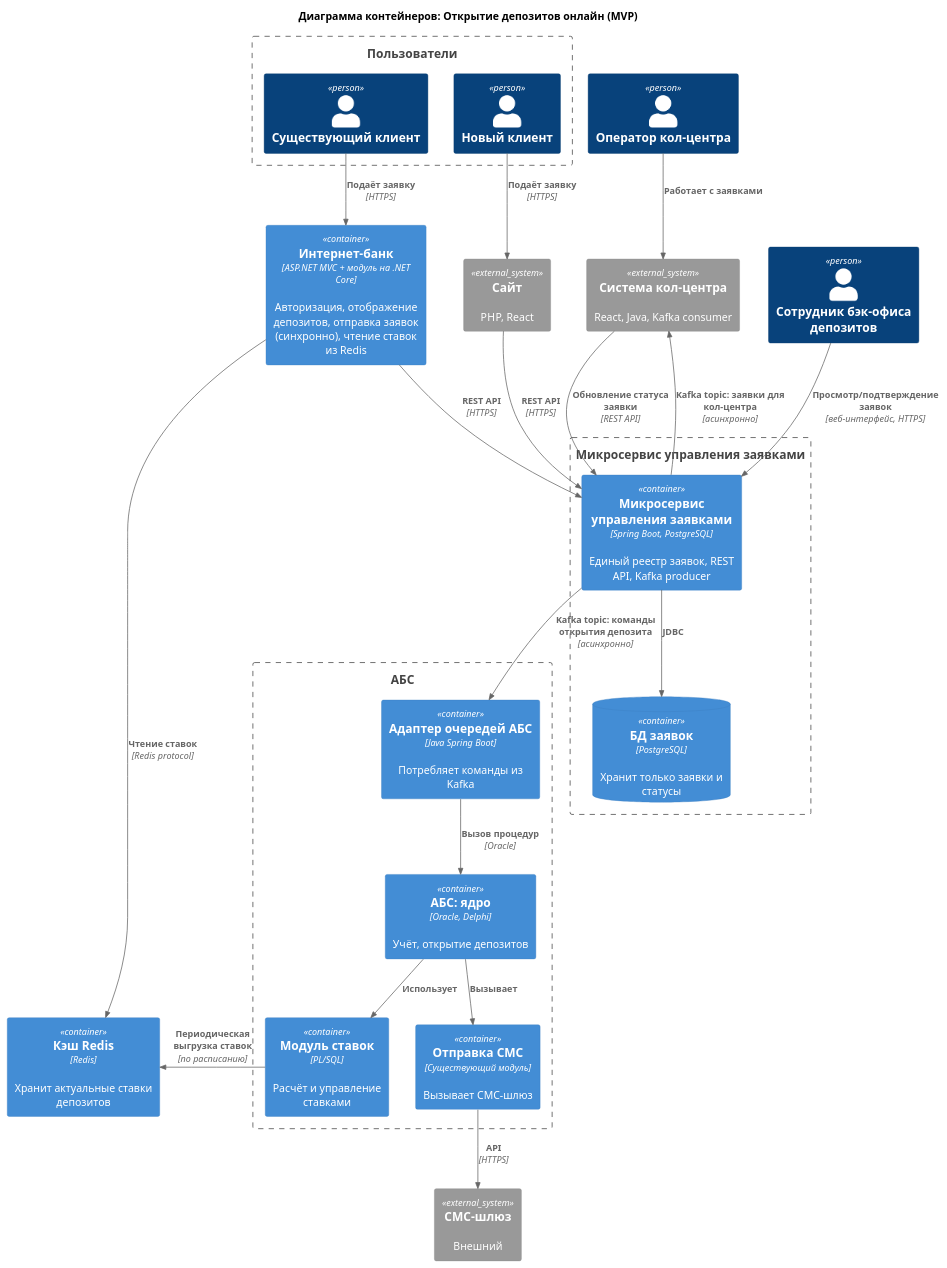
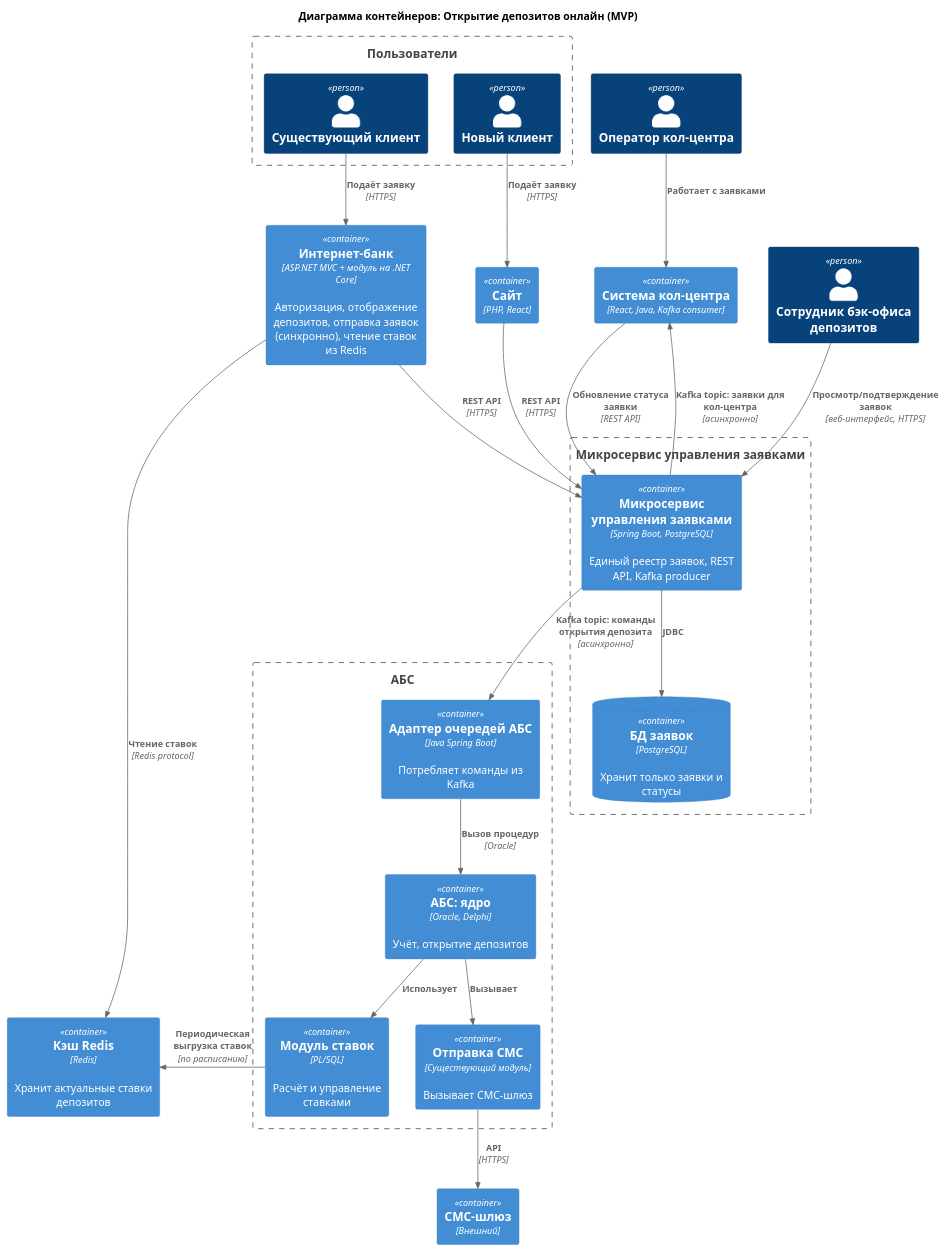
Before and after one commit to afakhrieva/architecture-pro-standart: the diagram in Task3/c4/container_diagram_MVP.puml, drawn with PlantUML. The commit also changed 9 other files, not shown here.

```diff
--- a/Task3/c4/container_diagram_MVP.puml
+++ b/Task3/c4/container_diagram_MVP.puml
@@ -1,53 +1,53 @@
 @startuml
 title Диаграмма контейнеров: Открытие депозитов онлайн (MVP)
 
 top to bottom direction
 
 !include <C4/C4_Context>
 !include <C4/C4_Container>
 
 Boundary(clients, "Пользователи") {
     Person(new_client, "Новый клиент")
     Person(existing_client, "Существующий клиент")
 }
 Person(call_operator, "Оператор кол-центра")
 Person(dep_back, "Сотрудник бэк-офиса депозитов")
 
-System_Ext(site, "Сайт", "PHP, React")
-System_Ext(cc, "Система кол-центра", "React, Java, Kafka consumer")
-System_Ext(sms_gateway, "СМС-шлюз", "Внешний")
+Container(site, "Сайт", "PHP, React")
+Container(cc, "Система кол-центра", "React, Java, Kafka consumer")
+Container(sms_gateway, "СМС-шлюз", "Внешний")
 
 Container(ib, "Интернет-банк", "ASP.NET MVC + модуль на .NET Core", "Авторизация, отображение депозитов, отправка заявок (синхронно), чтение ставок из Redis")
 Container(redis, "Кэш Redis", "Redis", "Хранит актуальные ставки депозитов")
 
 Boundary(claim_service, "Микросервис управления заявками"){
     Container(claim_ms, "Микросервис управления заявками", "Spring Boot, PostgreSQL", "Единый реестр заявок, REST API, Kafka producer")
     ContainerDb(claim_db, "БД заявок", "PostgreSQL", "Хранит только заявки и статусы")
 }
 
 Boundary(abs, "АБС") {
     Container(abs_core, "АБС: ядро", "Oracle, Delphi", "Учёт, открытие депозитов")
     Container(abs_adapter, "Адаптер очередей АБС", "Java Spring Boot", "Потребляет команды из Kafka")
     Container(abs_rates, "Модуль ставок", "PL/SQL", "Расчёт и управление ставками")
     Container(abs_sms, "Отправка СМС", "Существующий модуль", "Вызывает СМС-шлюз")
 }
 
 Rel(new_client, site, "Подаёт заявку", "HTTPS")
 Rel(existing_client, ib, "Подаёт заявку", "HTTPS")
 Rel(site, claim_ms, "REST API", "HTTPS")
 Rel(ib, claim_ms, "REST API", "HTTPS")
 Rel(ib, redis, "Чтение ставок", "Redis protocol")
 Rel(claim_ms, claim_db, "JDBC")
 Rel(claim_ms, cc, "Kafka topic: заявки для кол-центра", "асинхронно")
 Rel(call_operator, cc, "Работает с заявками")
 Rel(cc, claim_ms, "Обновление статуса заявки", "REST API")
 Rel(dep_back, claim_ms, "Просмотр/подтверждение заявок", "веб-интерфейс, HTTPS")
 Rel(claim_ms, abs_adapter, "Kafka topic: команды открытия депозита", "асинхронно")
 Rel(abs_adapter, abs_core, "Вызов процедур", "Oracle")
 Rel(abs_core, abs_rates, "Использует")
 Rel_R(abs_rates, redis, "Периодическая выгрузка ставок", "по расписанию")
 Rel(abs_core, abs_sms, "Вызывает")
 Rel(abs_sms, sms_gateway, "API", "HTTPS")
 
 
 @enduml
```
